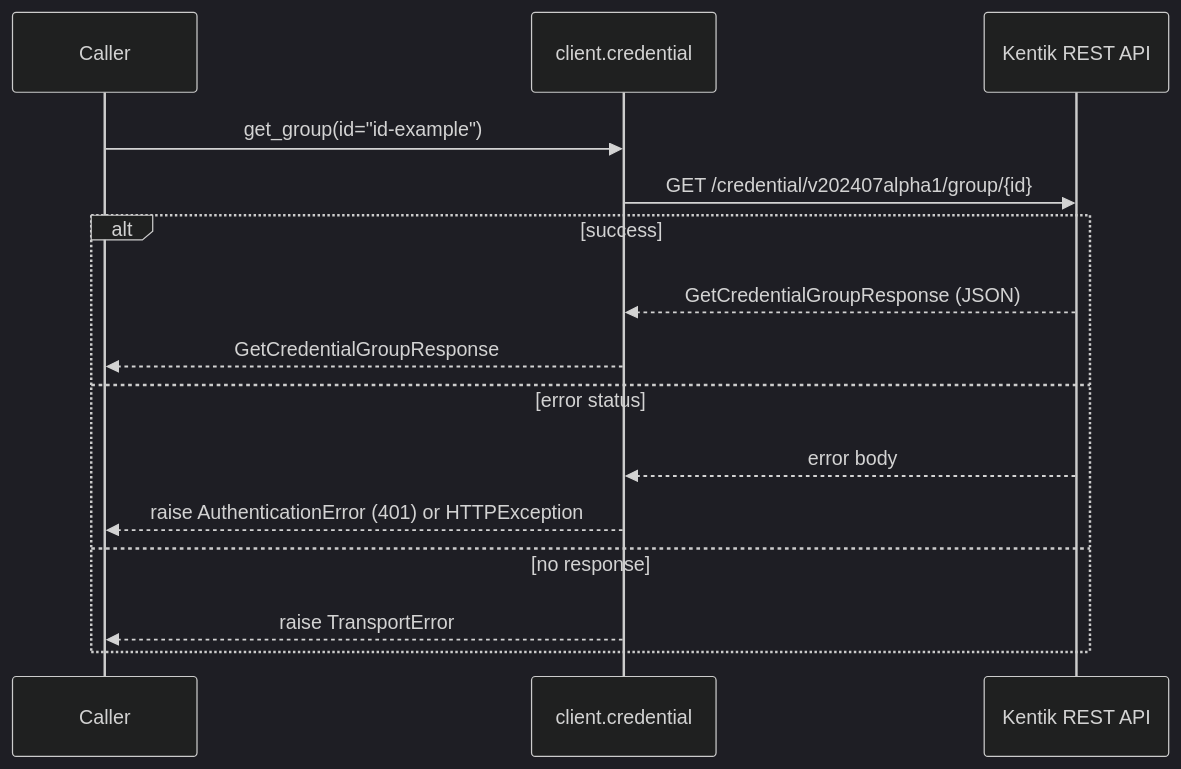
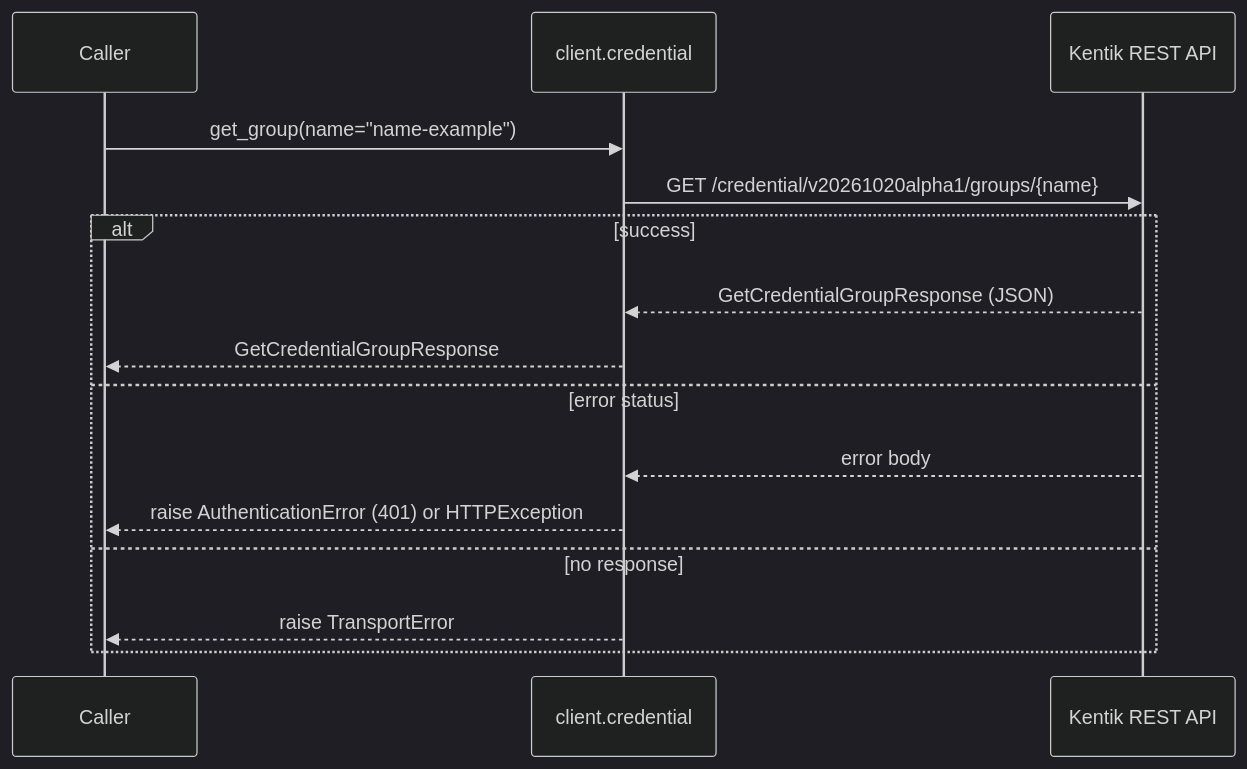
Diagram 14 of 22 in docs/sphinx/services/credential.md (alexdearaujo/community_sdk_python), drawn with Mermaid (dark theme) before and after one commit. The commit also changed other lines of this file and 56 other files, not shown here.

Commit message:
chore: sync schema, credential API v20261020alpha1

````diff
--- a/docs/sphinx/services/credential.md
+++ b/docs/sphinx/services/credential.md
@@ -106,18 +486,18 @@
 ```mermaid
 sequenceDiagram
     participant C as Caller
     participant W as client.credential
     participant API as Kentik REST API
 
-    C->>W: get_group(id="id-example")
-    W->>API: GET /credential/v202407alpha1/group/{id}
+    C->>W: get_group(name="name-example")
+    W->>API: GET /credential/v20261020alpha1/groups/{name}
     alt success
         API-->>W: GetCredentialGroupResponse (JSON)
         W-->>C: GetCredentialGroupResponse
     else error status
         API-->>W: error body
         W-->>C: raise AuthenticationError (401) or HTTPException
     else no response
         W-->>C: raise TransportError
     end
 ```
````
